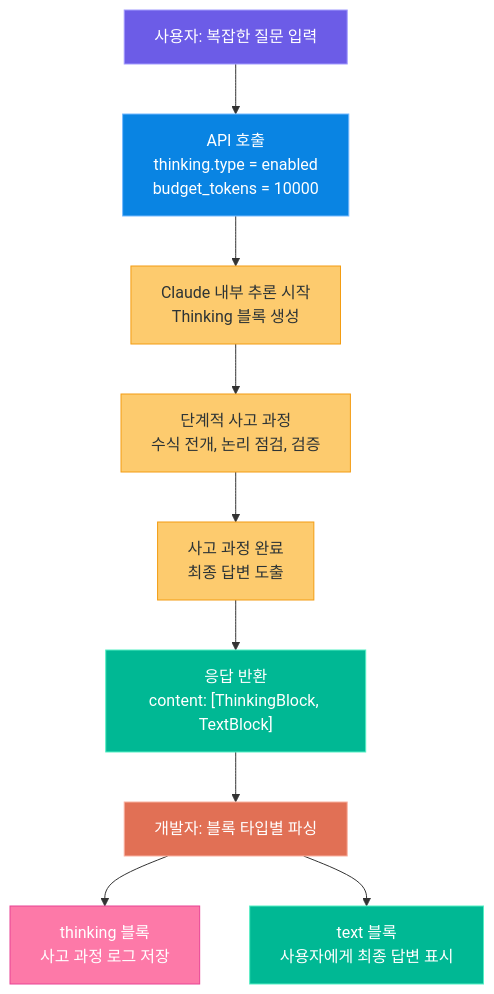
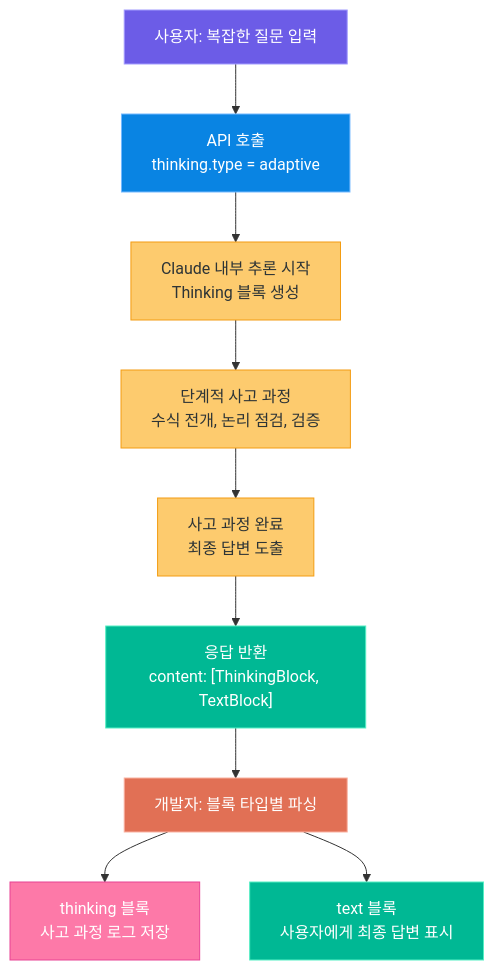
The third of 4 diagrams in 0.docs/05_genai_advanced/02_claude_api.md (lovehyun/tutorial-genai), drawn with Mermaid before and after one commit. The commit also changed other lines of this file and 20 other files, not shown here.

````diff
--- a/0.docs/05_genai_advanced/02_claude_api.md
+++ b/0.docs/05_genai_advanced/02_claude_api.md
@@ -726,21 +724,21 @@
 ```mermaid
 flowchart TB
-    A["사용자: 복잡한 질문 입력"] --> B["API 호출\nthinking.type = enabled\nbudget_tokens = 10000"]
+    A["사용자: 복잡한 질문 입력"] --> B["API 호출\nthinking.type = adaptive"]
     B --> C["Claude 내부 추론 시작\nThinking 블록 생성"]
     C --> D["단계적 사고 과정\n수식 전개, 논리 점검, 검증"]
     D --> E["사고 과정 완료\n최종 답변 도출"]
     E --> F["응답 반환\ncontent: [ThinkingBlock, TextBlock]"]
     F --> G["개발자: 블록 타입별 파싱"]
     G --> H["thinking 블록\n사고 과정 로그 저장"]
     G --> I["text 블록\n사용자에게 최종 답변 표시"]
 
     style A fill:#6c5ce7,stroke:#a29bfe,color:#fff
     style B fill:#0984e3,stroke:#74b9ff,color:#fff
     style C fill:#fdcb6e,stroke:#f39c12,color:#2d3436
     style D fill:#fdcb6e,stroke:#f39c12,color:#2d3436
     style E fill:#fdcb6e,stroke:#f39c12,color:#2d3436
     style F fill:#00b894,stroke:#55efc4,color:#fff
     style G fill:#e17055,stroke:#fab1a0,color:#fff
     style H fill:#fd79a8,stroke:#e84393,color:#fff
     style I fill:#00b894,stroke:#55efc4,color:#fff
 ```
````
